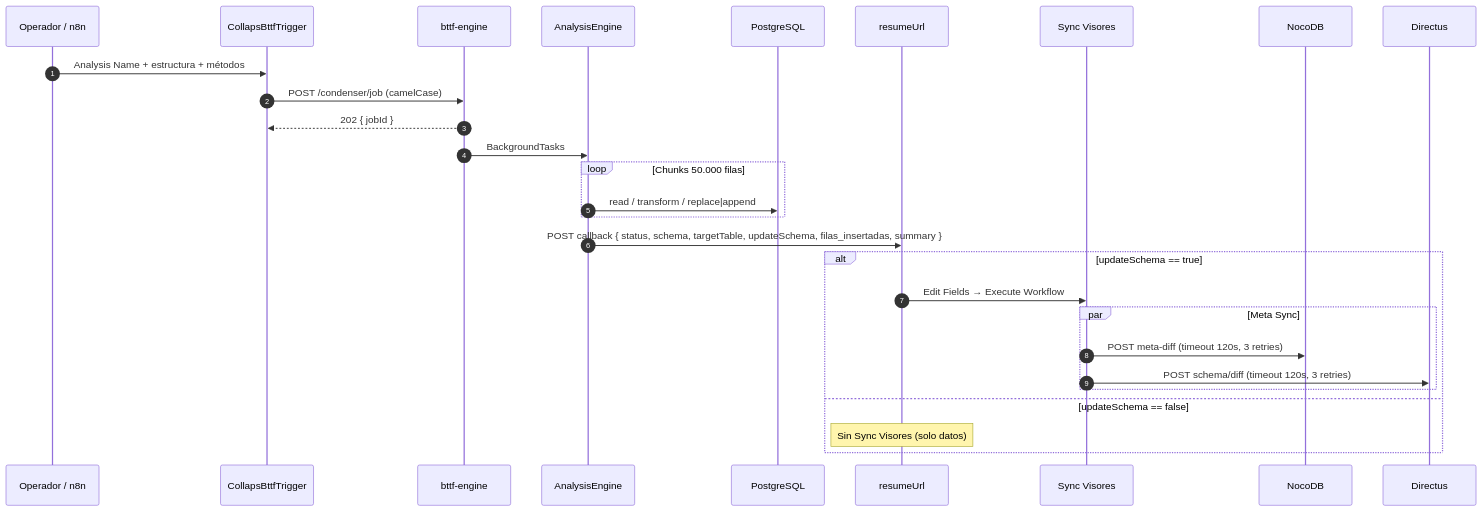
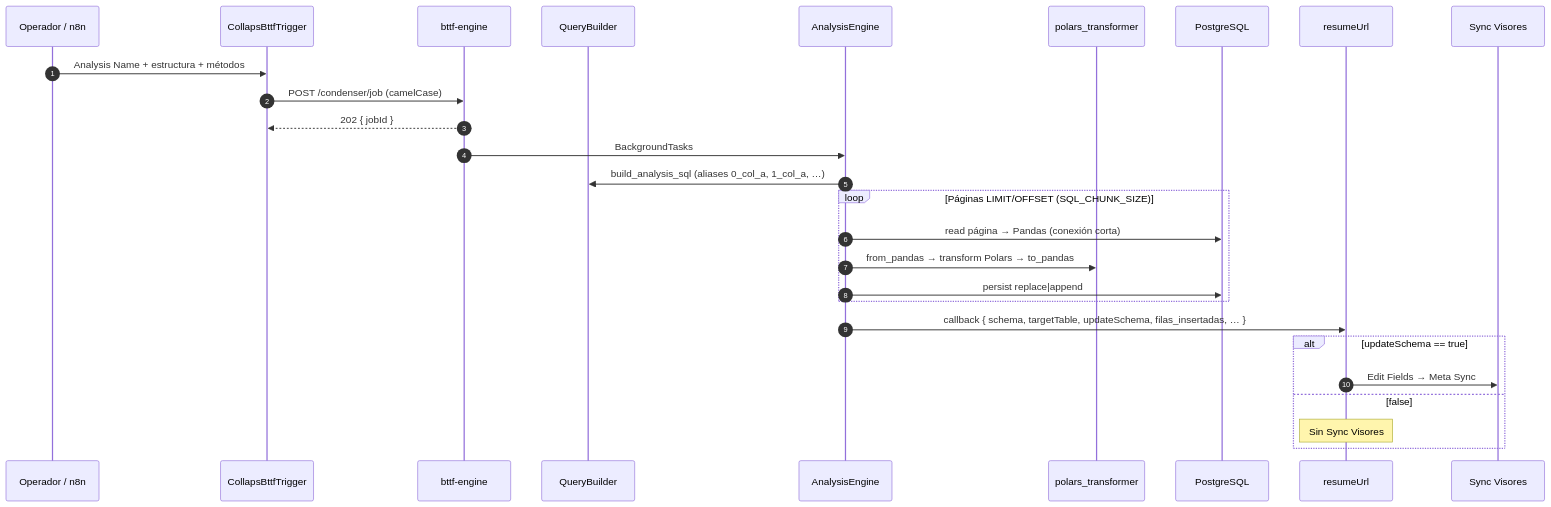
The first of 2 diagrams in arquitectura/flujo-end-to-end.md (jgutierrez-kubic/collaps-docs), drawn with Mermaid before and after one commit. The commit also changed other lines of this file and 9 other files, not shown here.

````diff
--- a/arquitectura/flujo-end-to-end.md
+++ b/arquitectura/flujo-end-to-end.md
@@ -7,33 +7,32 @@
 ```mermaid
 sequenceDiagram
   autonumber
   participant Ops as Operador / n8n
   participant Trig as CollapsBttfTrigger
   participant API as bttf-engine
+  participant QB as QueryBuilder
   participant AE as AnalysisEngine
+  participant PL as polars_transformer
   participant PG as PostgreSQL
   participant Wait as resumeUrl
   participant Sync as Sync Visores
-  participant NC as NocoDB
-  participant DX as Directus
 
   Ops->>Trig: Analysis Name + estructura + métodos
   Trig->>API: POST /condenser/job (camelCase)
   API-->>Trig: 202 { jobId }
   API->>AE: BackgroundTasks
+  AE->>QB: build_analysis_sql (aliases 0_col_a, 1_col_a, …)
 
-  loop Chunks 50.000 filas
-    AE->>PG: read / transform / replace|append
+  loop Páginas LIMIT/OFFSET (SQL_CHUNK_SIZE)
+    AE->>PG: read página → Pandas (conexión corta)
+    AE->>PL: from_pandas → transform Polars → to_pandas
+    AE->>PG: persist replace|append
   end
 
-  AE->>Wait: POST callback { status, schema, targetTable, updateSchema, filas_insertadas, summary }
+  AE->>Wait: callback { schema, targetTable, updateSchema, filas_insertadas, … }
   alt updateSchema == true
-    Wait->>Sync: Edit Fields → Execute Workflow
-    par Meta Sync
-      Sync->>NC: POST meta-diff (timeout 120s, 3 retries)
-      Sync->>DX: POST schema/diff (timeout 120s, 3 retries)
-    end
-  else updateSchema == false
-    Note over Wait: Sin Sync Visores (solo datos)
+    Wait->>Sync: Edit Fields → Meta Sync
+  else false
+    Note over Wait: Sin Sync Visores
   end
 ```
````
